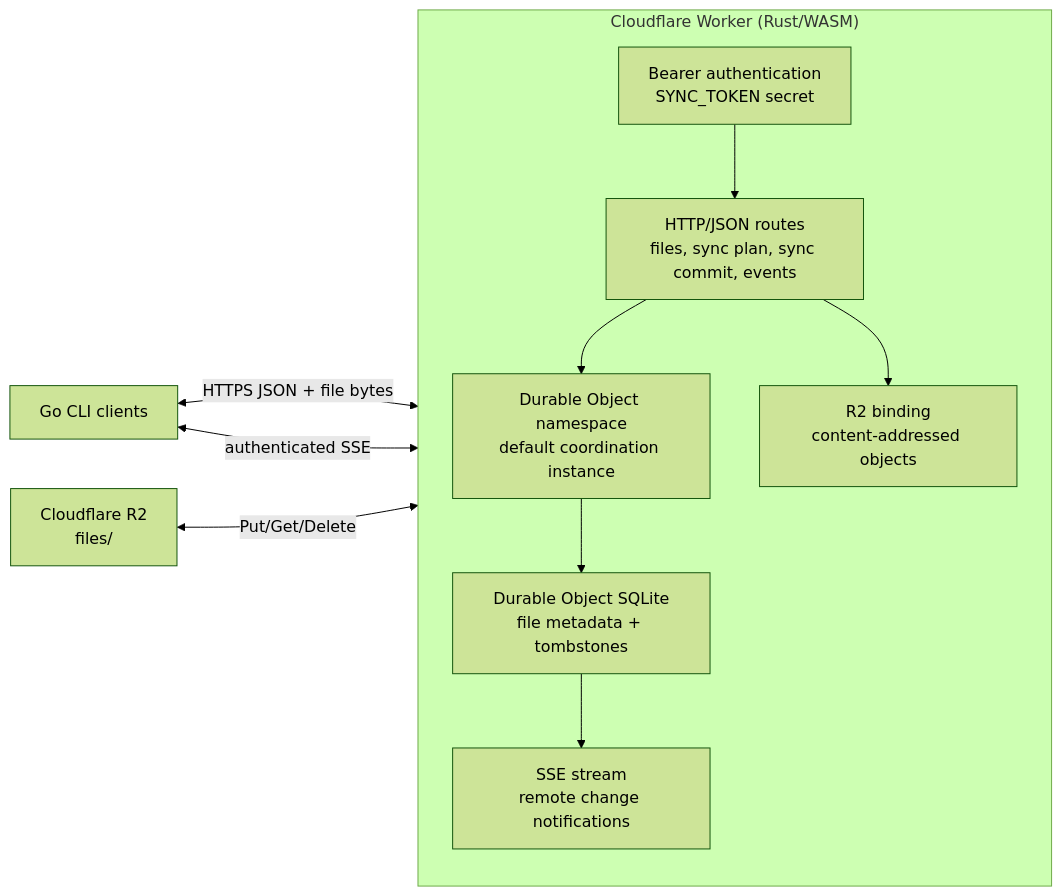
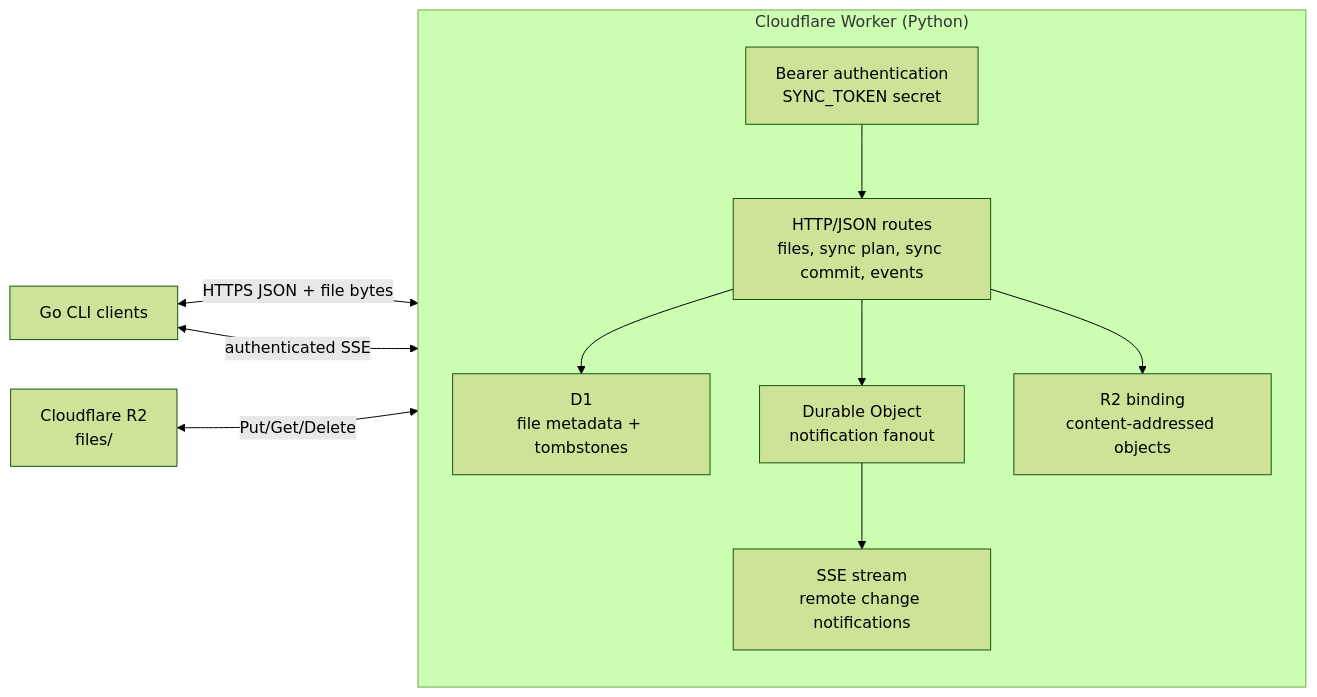
The diagram in docs/architecture/server.mmd (ShivangNagta/data_sync), drawn with Mermaid (forest theme) before and after one commit. The commit also changed 5 other files, not shown here.

```diff
--- a/docs/architecture/server.mmd
+++ b/docs/architecture/server.mmd
@@ -1,20 +1,20 @@
 flowchart LR
-    subgraph Worker["Cloudflare Worker (Rust/WASM)"]
+    subgraph Worker["Cloudflare Worker (Python)"]
         direction TB
         Auth["Bearer authentication<br/>SYNC_TOKEN secret"]
         API["HTTP/JSON routes<br/>files, sync plan, sync commit, events"]
-        Namespace["Durable Object namespace<br/>default coordination instance"]
-        SQLite["Durable Object SQLite<br/>file metadata + tombstones"]
+        D1["D1<br/>file metadata + tombstones"]
+        EventHub["Durable Object<br/>notification fanout"]
         R2Client["R2 binding<br/>content-addressed objects"]
         SSE["SSE stream<br/>remote change notifications"]
 
         Auth --> API
-        API --> Namespace
-        Namespace --> SQLite
+        API --> D1
+        API --> EventHub
         API --> R2Client
-        SQLite --> SSE
+        EventHub --> SSE
     end
 
     Client["Go CLI clients"] <-->|"HTTPS JSON + file bytes"| Auth
     Client <-->|"authenticated SSE"| SSE
     R2["Cloudflare R2<br/>files/<sha256>"] <-->|"Put/Get/Delete"| R2Client
```
